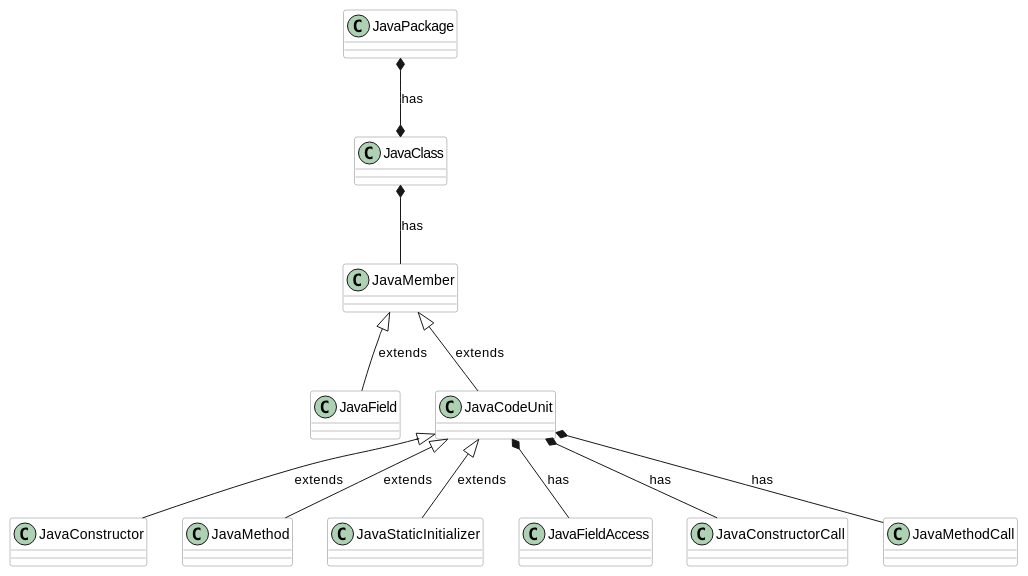
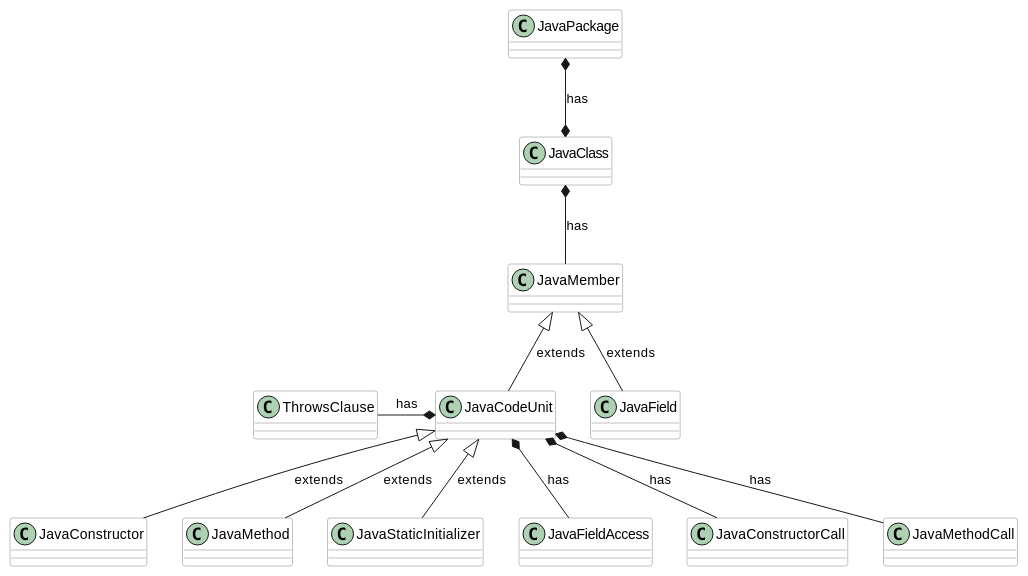
The first of 4 diagrams in docs/userguide/006_The_Core_API.adoc (TNG/ArchUnit), drawn with PlantUML before and after one commit. The commit also changed 1 other file, not shown here.

Commit message:
Extend user guide domain model with ThrowsClause

```diff
--- a/docs/userguide/006_The_Core_API.adoc
+++ b/docs/userguide/006_The_Core_API.adoc
@@ -90,39 +90,41 @@
 [plantuml, "domain-overview"]
 ----
 skinparam componentStyle uml2
 
 skinparam component {
   BorderColor #grey
   BackgroundColor #white
 }
 
 skinparam class {
   BorderColor #grey
   BackgroundColor #white
 }
 
 class JavaPackage
 class JavaClass
 class JavaMember
 class JavaField
 class JavaCodeUnit
+class ThrowsClause
 class JavaConstructor
 class JavaMethod
 class JavaStaticInitializer
 
 class JavaFieldAccess
 class JavaConstructorCall
 class JavaMethodCall
 
 JavaPackage *--* JavaClass : has
 JavaClass *-- JavaMember : has
 JavaMember <|-- JavaField : extends
 JavaMember <|-- JavaCodeUnit : extends
+JavaCodeUnit *-left- ThrowsClause : has
 JavaCodeUnit <|-- JavaConstructor : extends
 JavaCodeUnit <|-- JavaMethod : extends
 JavaCodeUnit <|-- JavaStaticInitializer : extends
 
 JavaCodeUnit *-- JavaFieldAccess : has
 JavaCodeUnit *-- JavaMethodCall : has
 JavaCodeUnit *-- JavaConstructorCall : has
 ----
```
